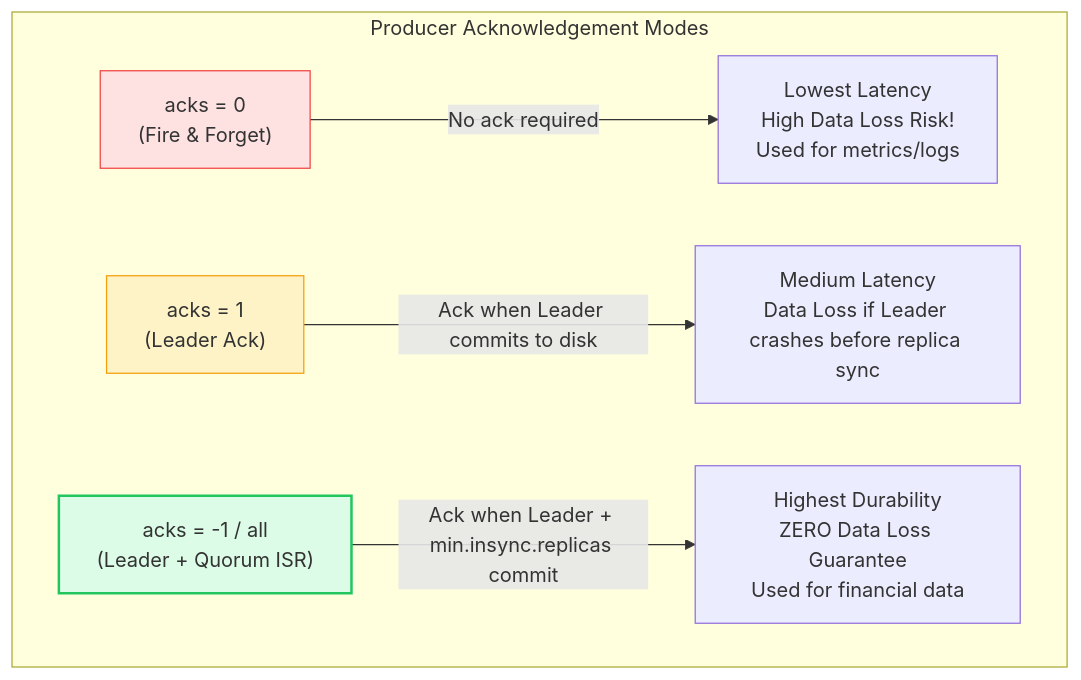
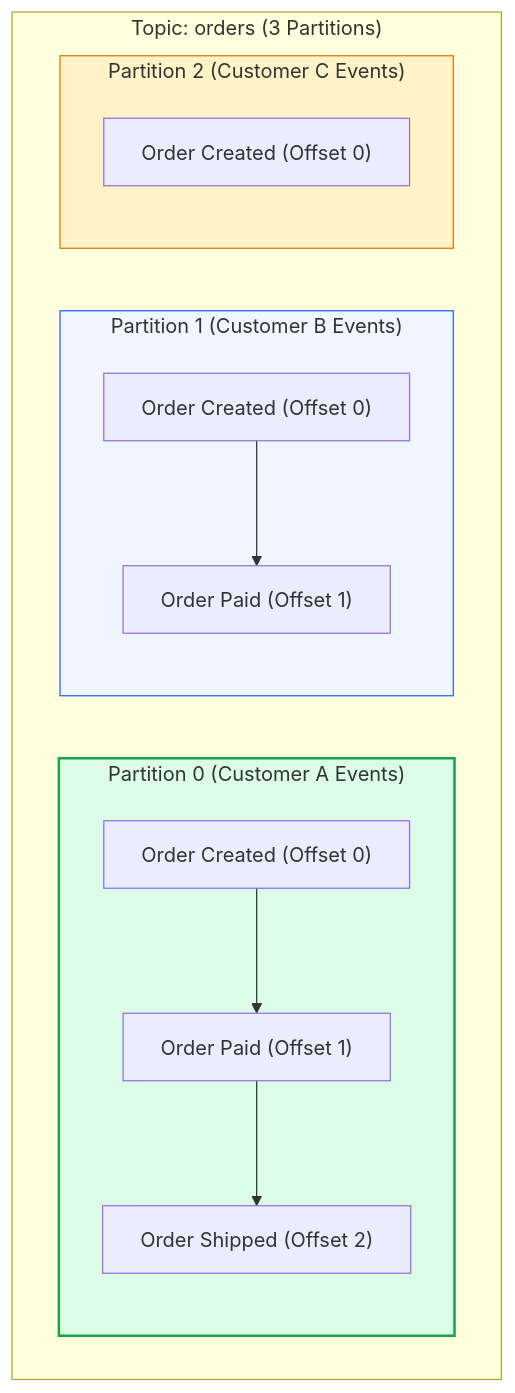
Before and after one commit to PandeyKishan/Study-Notes: the second of 4 diagrams in 03-Apache-Kafka/02-Producer-Internals-and-Delivery-Semantics.md, drawn with Mermaid. The commit also changed other lines of this file and 20 other files, not shown here.

````diff
--- a/03-Apache-Kafka/02-Producer-Internals-and-Delivery-Semantics.md
+++ b/03-Apache-Kafka/02-Producer-Internals-and-Delivery-Semantics.md
@@ -80,12 +66,18 @@
 ```mermaid
 flowchart TD
-    subgraph Acks_Comparison["Producer Acknowledgement Modes"]
-        A0["acks = 0\n(Fire & Forget)"] -->|No ack required| Res0["Lowest Latency\nHigh Data Loss Risk!\nUsed for metrics/logs"]
-        A1["acks = 1\n(Leader Ack)"] -->|Ack when Leader commits to disk| Res1["Medium Latency\nData Loss if Leader crashes before replica sync"]
-        All["acks = -1 / all\n(Leader + Quorum ISR)"] -->|Ack when Leader + min.insync.replicas commit| ResAll["Highest Durability\nZERO Data Loss Guarantee\nUsed for financial data"]
+    subgraph Topic["Topic: orders (3 Partitions)"]
+        subgraph P0["Partition 0 (Customer A Events)"]
+            E1["Order Created (Offset 0)"] --> E2["Order Paid (Offset 1)"] --> E3["Order Shipped (Offset 2)"]
+        end
+        subgraph P1["Partition 1 (Customer B Events)"]
+            EB1["Order Created (Offset 0)"] --> EB2["Order Paid (Offset 1)"]
+        end
+        subgraph P2["Partition 2 (Customer C Events)"]
+            EC1["Order Created (Offset 0)"]
+        end
     end
 
-    style A0 fill:#fee2e2,stroke:#ef4444,stroke-width:1px
-    style A1 fill:#fef3c7,stroke:#f59e0b,stroke-width:1px
-    style All fill:#dcfce7,stroke:#22c55e,stroke-width:2px
+    style P0 fill:#dcfce7,stroke:#16a34a,stroke-width:2px
+    style P1 fill:#eff6ff,stroke:#2563eb,stroke-width:1px
+    style P2 fill:#fef3c7,stroke:#d97706,stroke-width:1px
 ```
````
